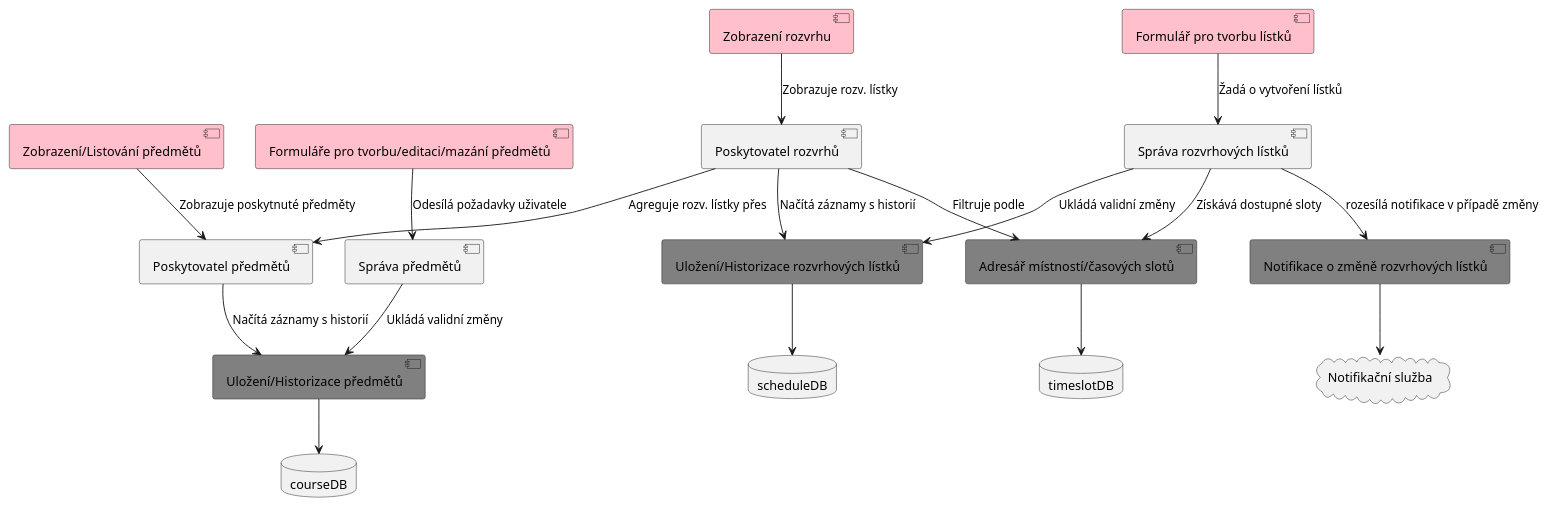
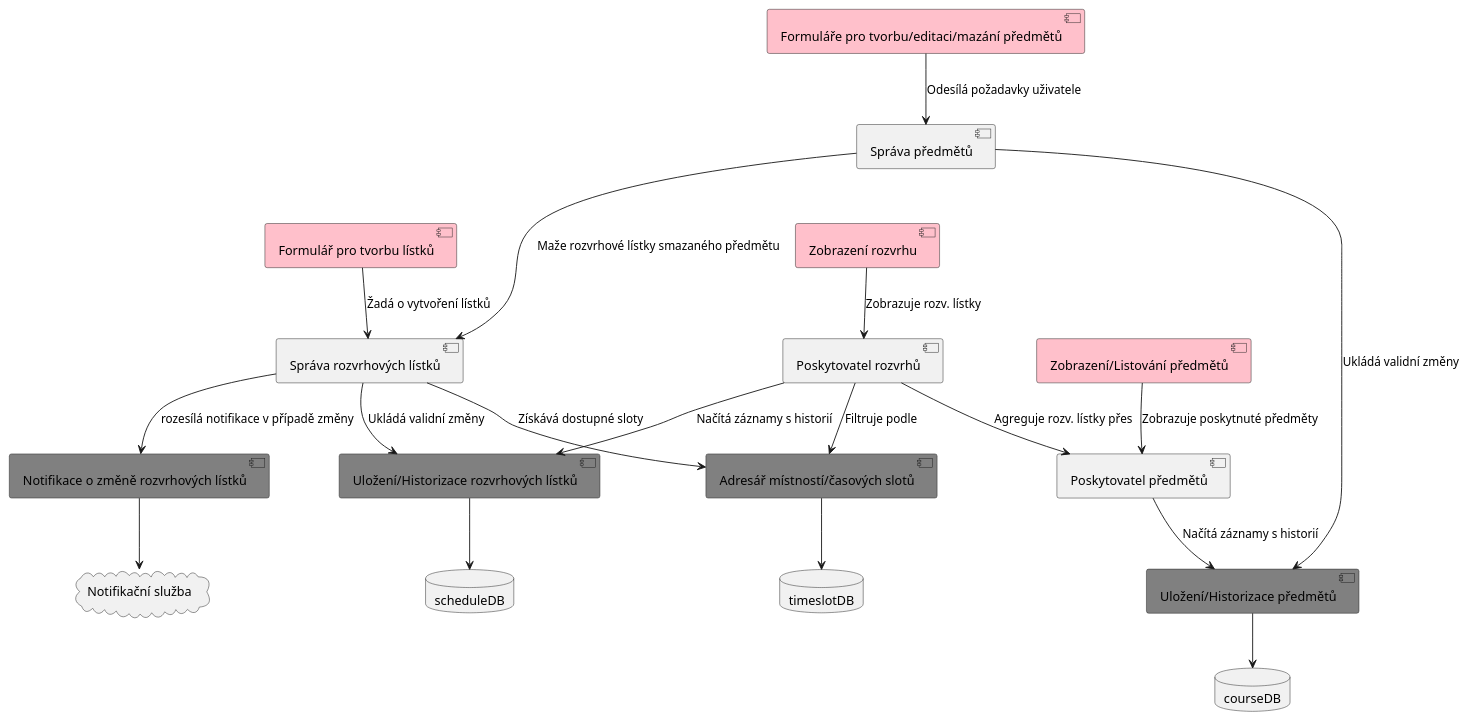
One commit to zelezo001/NSWI130 changed the diagram in architecture.plantuml. Above: the diagram before and after it, drawn with PlantUML. The commit also changed 1 other file, not shown here.

```diff
--- a/architecture.plantuml
+++ b/architecture.plantuml
@@ -1,51 +1,53 @@
 @startuml
 
 component "Zobrazení/Listování předmětů" as courseListing #pink
 component "Formuláře pro tvorbu/editaci/mazání předmětů" as courseEditForms #pink
 
 component "Poskytovatel předmětů" as courseProvider
 
 component "Správa předmětů" as courseManager
 
 component "Uložení/Historizace předmětů" as courseRepository #grey
 
 courseListing --> courseProvider : "Zobrazuje poskytnuté předměty"
 courseProvider --> courseRepository : "Načítá záznamy s historií"
 courseEditForms --> courseManager : "Odesílá požadavky uživatele"
 courseManager --> courseRepository : "Ukládá validní změny"
 
 component "Zobrazení rozvrhu" as scheduleListing #pink
 
 component "Poskytovatel rozvrhů" as scheduleProvider
 
 component "Formulář pro tvorbu lístků" as scheduleEditForms #pink
 
 component "Správa rozvrhových lístků" as scheduleManager
 
 component "Uložení/Historizace rozvrhových lístků" as scheduleRepository #grey
 
 component "Notifikace o změně rozvrhových lístků" as scheduleNotifications #grey
 
 component "Adresář místností/časových slotů" as timeslotRepository #grey
 
 scheduleEditForms --> scheduleManager : "Žadá o vytvoření lístků"
 scheduleManager --> scheduleRepository : "Ukládá validní změny"
 scheduleManager --> timeslotRepository : "Získává dostupné sloty"
 scheduleManager --> scheduleNotifications : rozesílá notifikace v případě změny
 scheduleListing --> scheduleProvider : "Zobrazuje rozv. lístky"
 scheduleProvider --> courseProvider : "Agreguje rozv. lístky přes"
 scheduleProvider --> timeslotRepository : "Filtruje podle"
 scheduleProvider --> scheduleRepository : "Načítá záznamy s historií"
 
+courseManager ---> scheduleManager : "Maže rozvrhové lístky smazaného předmětu"
+
 cloud "Notifikační služba" as notifications
 
 scheduleNotifications --> notifications
 
 database courseDB
 database scheduleDB
 database timeslotDB
 courseRepository --> courseDB
 scheduleRepository --> scheduleDB
 timeslotRepository --> timeslotDB
 
 @enduml
```
